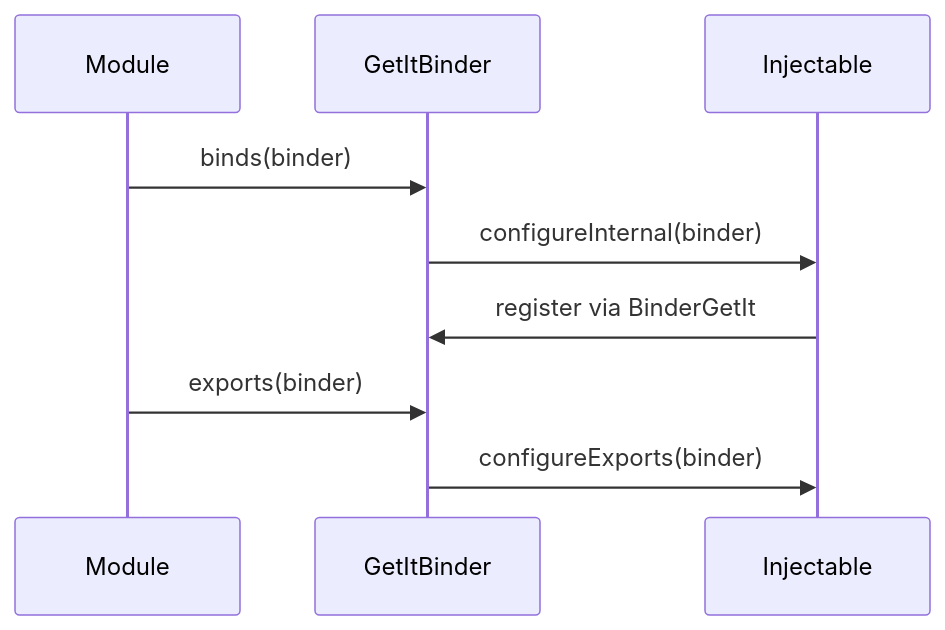
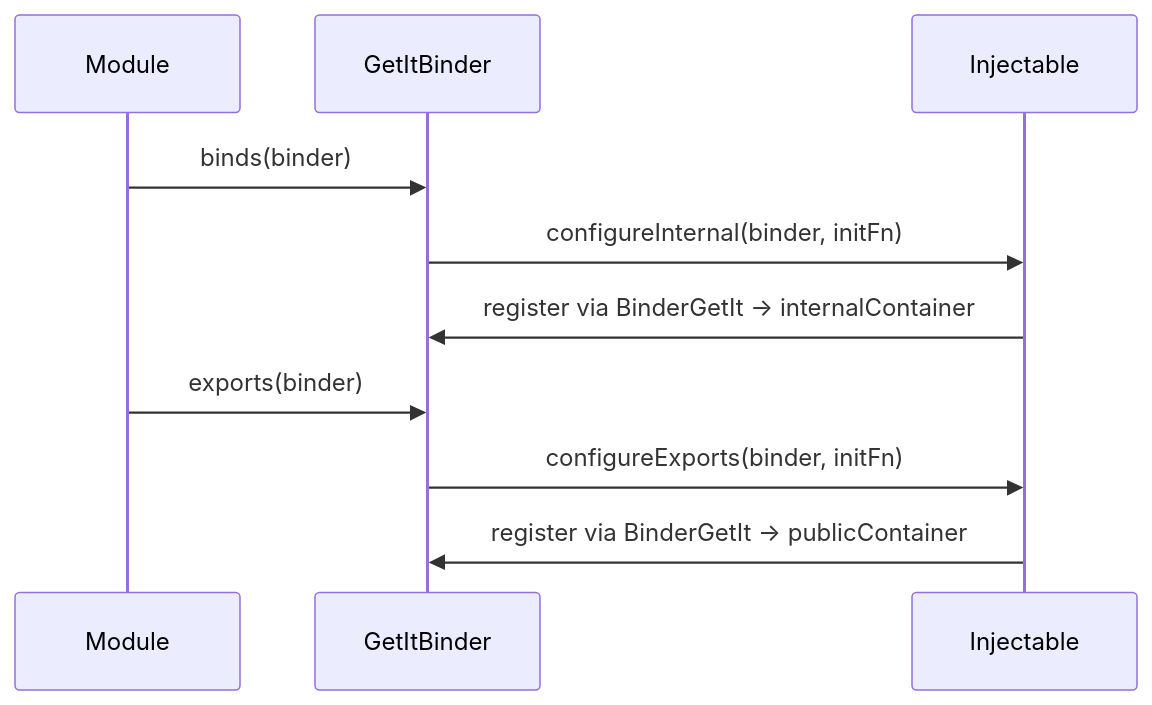
One commit to cherrypick-agency/modularity_dart changed the first of 2 diagrams in docs-site/guide/modularity_workspace/injectable-integration.md. Above: the diagram before and after it, drawn with Mermaid. The commit also changed other lines of this file and 56 other files, not shown here.

````diff
--- a/docs-site/guide/modularity_workspace/injectable-integration.md
+++ b/docs-site/guide/modularity_workspace/injectable-integration.md
@@ -170,11 +186,12 @@
 ```mermaid
 sequenceDiagram
     participant M as Module
     participant B as GetItBinder
     participant I as Injectable
     M->>B: binds(binder)
-    B->>I: configureInternal(binder)
-    I->>B: register via BinderGetIt
+    B->>I: configureInternal(binder, initFn)
+    I->>B: register via BinderGetIt -> internalContainer
     M->>B: exports(binder)
-    B->>I: configureExports(binder)
+    B->>I: configureExports(binder, initFn)
+    I->>B: register via BinderGetIt -> publicContainer
 ```
````
